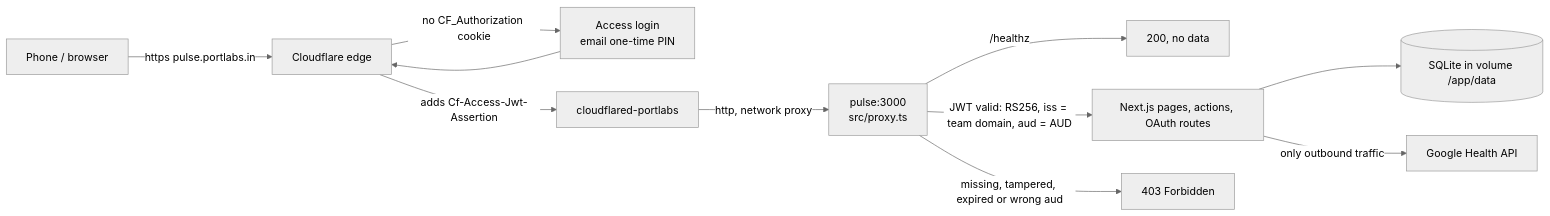
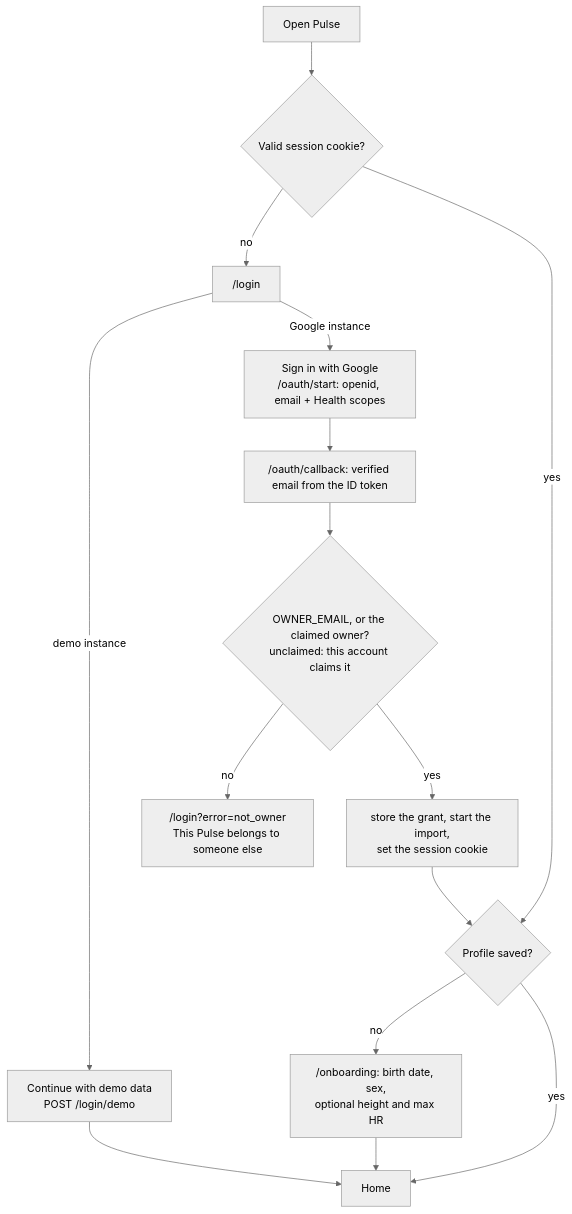
Before and after one commit to adityaongit/pulse: the second of 2 diagrams in docs/runbook.md, drawn with Mermaid (neutral theme). The commit also changed other lines of this file and 4 other files, not shown here.

````diff
--- a/docs/runbook.md
+++ b/docs/runbook.md
@@ -25,13 +24,16 @@
 ```mermaid
-flowchart LR
-    phone[Phone / browser] -->|https pulse.portlabs.in| edge[Cloudflare edge]
-    edge -->|no CF_Authorization cookie| login[Access login<br/>email one-time PIN]
-    login --> edge
-    edge -->|adds Cf-Access-Jwt-Assertion| cfd[cloudflared-portlabs]
-    cfd -->|http, network proxy| proxy[pulse:3000<br/>src/proxy.ts]
-    proxy -->|/healthz| ok[200, no data]
-    proxy -->|JWT valid: RS256, iss = team domain, aud = AUD| app[Next.js pages, actions, OAuth routes]
-    proxy -->|missing, tampered, expired or wrong aud| deny[403 Forbidden]
-    app --> db[(SQLite in volume /app/data)]
-    app -->|only outbound traffic| google[Google Health API]
+flowchart TB
+    open[Open Pulse] --> s{Valid session cookie?}
+    s -->|no| login["/login"]
+    login -->|demo instance| demo["Continue with demo data<br/>POST /login/demo"] --> home
+    login -->|Google instance| start["Sign in with Google<br/>/oauth/start: openid, email + Health scopes"]
+    start --> cb["/oauth/callback: verified email from the ID token"]
+    cb --> owner{OWNER_EMAIL, or the claimed owner?<br/>unclaimed: this account claims it}
+    owner -->|no| deny["/login?error=not_owner<br/>This Pulse belongs to someone else"]
+    owner -->|yes| grant[store the grant, start the import,<br/>set the session cookie]
+    grant --> p{Profile saved?}
+    s -->|yes| p
+    p -->|no| onb["/onboarding: birth date, sex,<br/>optional height and max HR"]
+    onb --> home[Home]
+    p -->|yes| home
 ```
````
